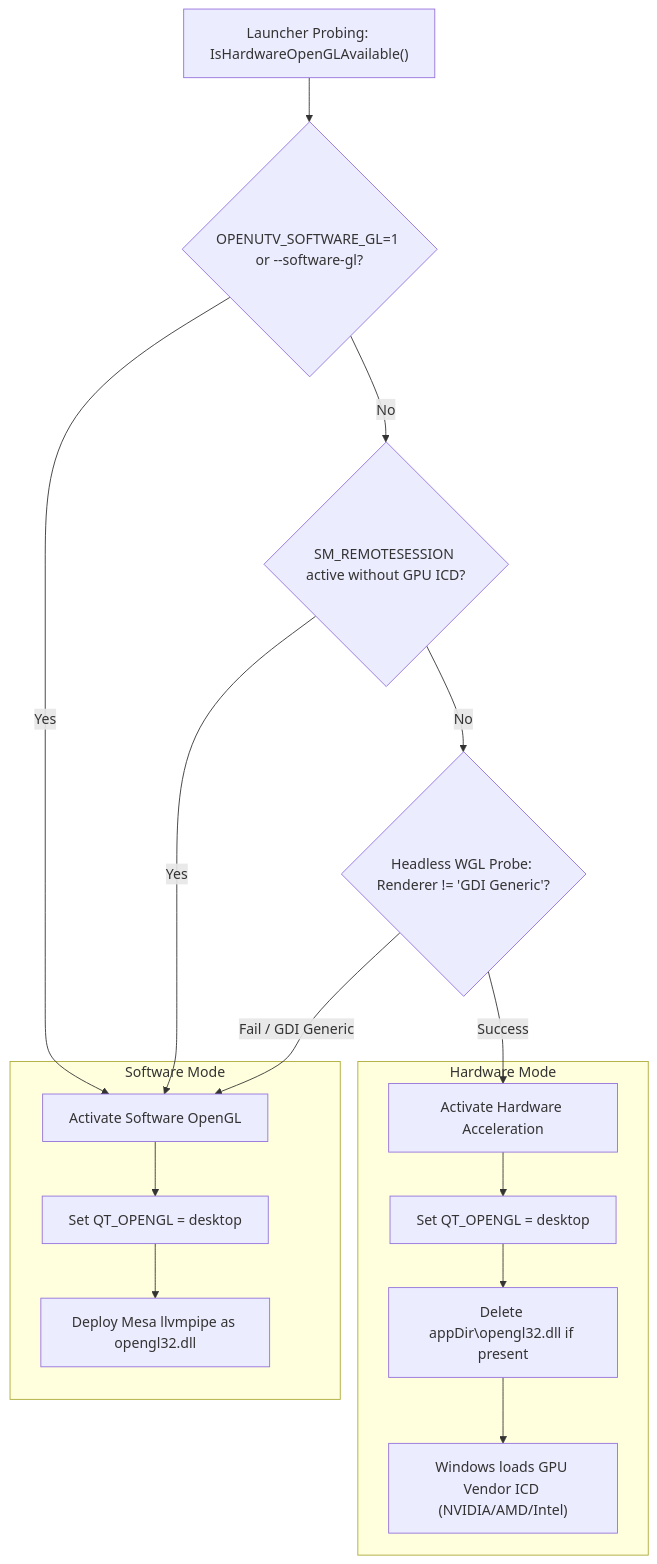
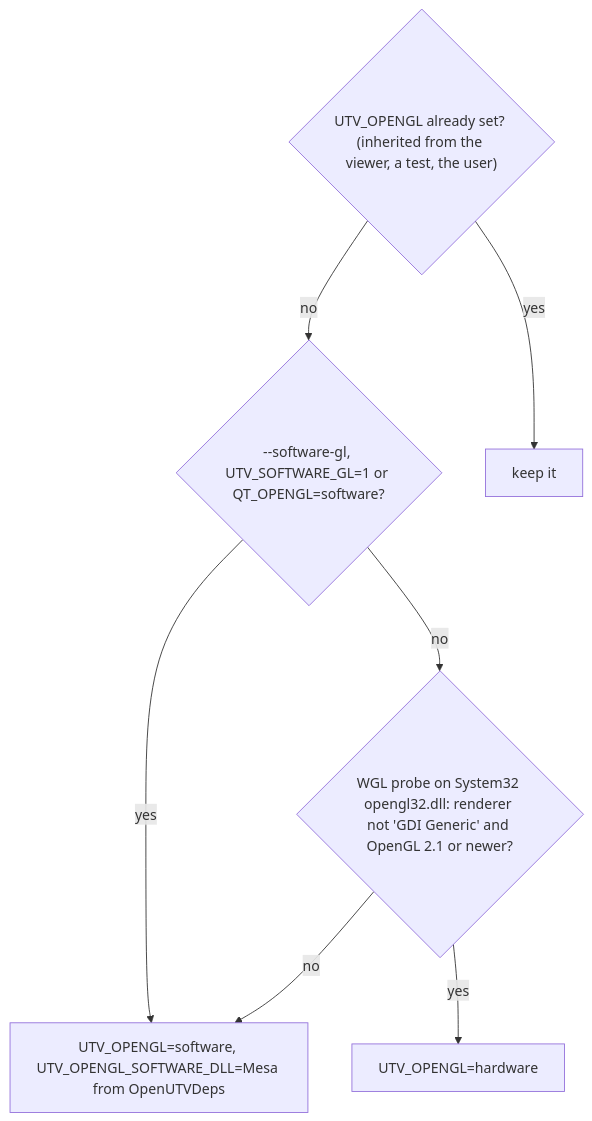
Before and after one commit to OpenUTV/utv: the diagram in docs/architecture/windows_runtime_architecture.md, drawn with Mermaid. The commit also changed other lines of this file and 35 other files, not shown here.

First line of the commit message:
fix(windows): console launcher for CLI tools, pinned OpenUTVDeps, per-process OpenGL (#91)

````diff
--- a/docs/architecture/windows_runtime_architecture.md
+++ b/docs/architecture/windows_runtime_architecture.md
@@ -194,26 +131,15 @@
 ```mermaid
 flowchart TD
-    Start["Launcher Probing: IsHardwareOpenGLAvailable()"]
-    Override{"OPENUTV_SOFTWARE_GL=1 or --software-gl?"}
-    RDP{"SM_REMOTESESSION active without GPU ICD?"}
-    Probe{"Headless WGL Probe: Renderer != 'GDI Generic'?"}
+    Inherited{"UTV_OPENGL already set? (inherited from the viewer, a test, the user)"}
+    Forced{"--software-gl, UTV_SOFTWARE_GL=1 or QT_OPENGL=software?"}
+    Probe{"WGL probe on System32 opengl32.dll: renderer not 'GDI Generic' and OpenGL 2.1 or newer?"}
+    Hardware["UTV_OPENGL=hardware"]
+    Software["UTV_OPENGL=software, UTV_OPENGL_SOFTWARE_DLL=Mesa from OpenUTVDeps"]
 
-    Start --> Override
-    Override -- Yes --> UseSoftware["Activate Software OpenGL"]
-    Override -- No --> RDP
-    RDP -- Yes --> UseSoftware
-    RDP -- No --> Probe
-    Probe -- Fail / GDI Generic --> UseSoftware
-    Probe -- Success --> UseHardware["Activate Hardware Acceleration"]
-
-    subgraph SoftwareMode["Software Mode"]
-        UseSoftware --> SetDesktopEnv["Set QT_OPENGL = desktop"]
-        SetDesktopEnv --> CopyMesa["Deploy Mesa llvmpipe as opengl32.dll"]
-    end
-
-    subgraph HardwareMode["Hardware Mode"]
-        UseHardware --> SetDesktopEnv2["Set QT_OPENGL = desktop"]
-        SetDesktopEnv2 --> DeleteMesa["Delete appDir\opengl32.dll if present"]
-        DeleteMesa --> SysGPU["Windows loads GPU Vendor ICD (NVIDIA/AMD/Intel)"]
-    end
+    Inherited -- yes --> Keep["keep it"]
+    Inherited -- no --> Forced
+    Forced -- yes --> Software
+    Forced -- no --> Probe
+    Probe -- yes --> Hardware
+    Probe -- no --> Software
 ```
````
